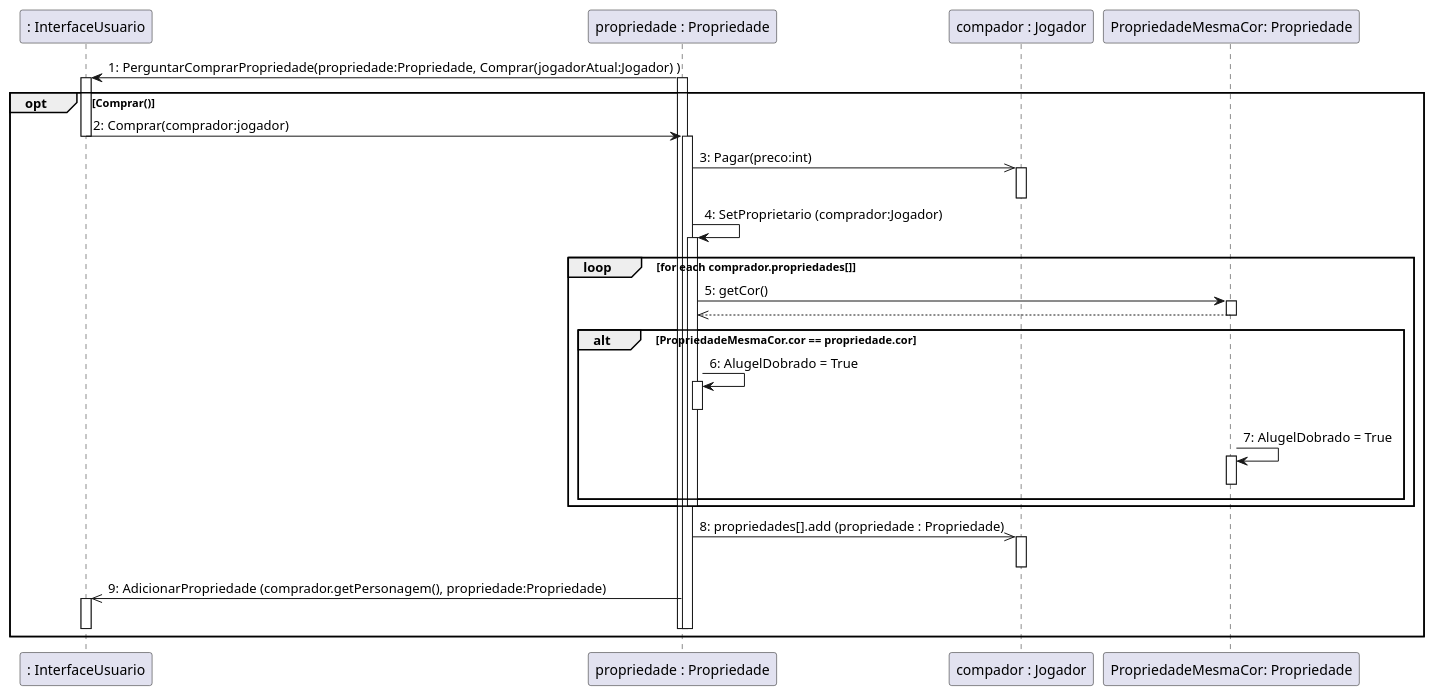
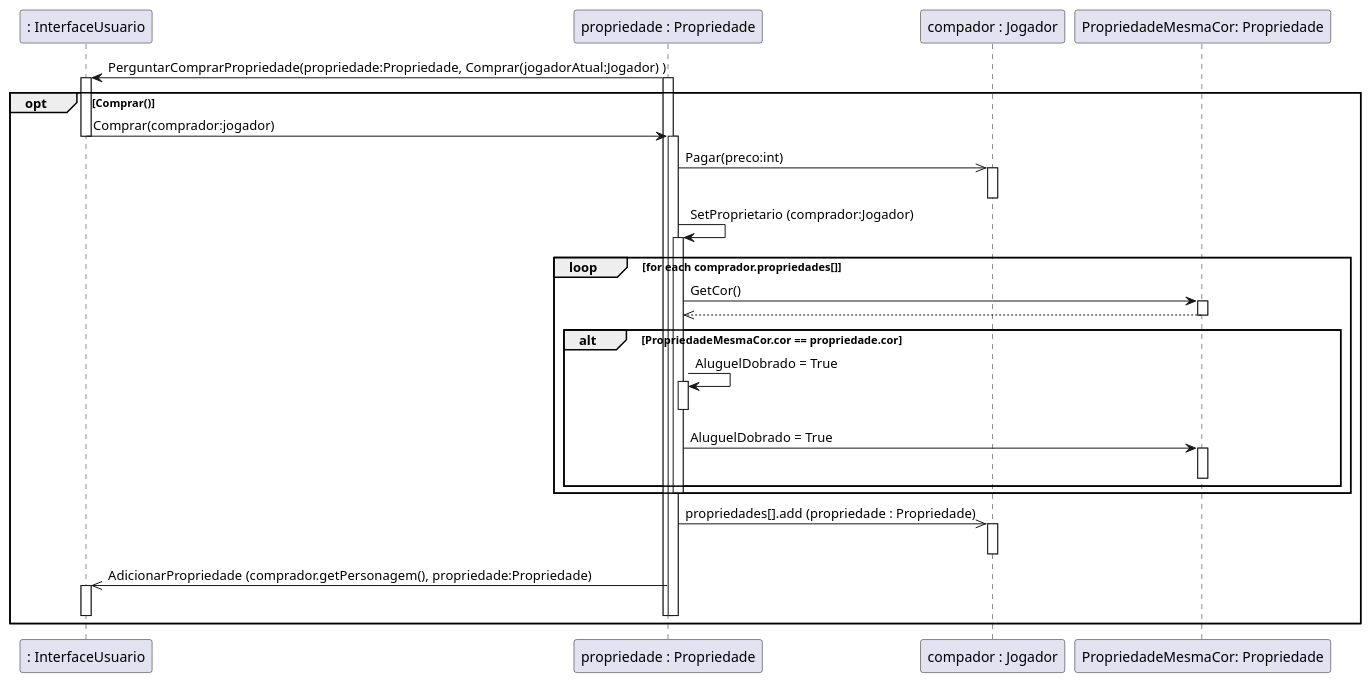
One commit to rogerpcto/ProjetoDeSoftware-UFF changed the diagram in Documentação/diagrama-de-sequencia-Comprar-Propriedade.plantuml. Above: the diagram before and after it, drawn with PlantUML. The commit also changed 7 other files, not shown here.

Commit message:
Corrige diagramas de sequência

```diff
--- a/Documentação/diagrama-de-sequencia-Comprar-Propriedade.plantuml
+++ b/Documentação/diagrama-de-sequencia-Comprar-Propriedade.plantuml
@@ -1,45 +1,45 @@
 @startuml 
 
-": InterfaceUsuario" as GUI <- "propriedade : Propriedade" as Prp : 1: PerguntarComprarPropriedade(propriedade:Propriedade, Comprar(jogadorAtual:Jogador) )
+": InterfaceUsuario" as GUI <- "propriedade : Propriedade" as Prp : PerguntarComprarPropriedade(propriedade:Propriedade, Comprar(jogadorAtual:Jogador) )
     activate GUI
     activate Prp
         opt Comprar() 
-            GUI -> Prp : 2: Comprar(comprador:jogador)
+            GUI -> Prp : Comprar(comprador:jogador)
             deactivate GUI
                 activate Prp
-                    Prp ->> "compador : Jogador" as Jog : 3: Pagar(preco:int)
+                    Prp ->> "compador : Jogador" as Jog : Pagar(preco:int)
                     activate Jog
                     deactivate Jog
 
-                    Prp -> Prp : 4: SetProprietario (comprador:Jogador)
+                    Prp -> Prp : SetProprietario (comprador:Jogador)
                     activate Prp
 
                     loop for each comprador.propriedades[]
-                        Prp -> "PropriedadeMesmaCor: Propriedade" as Prp2: 5: getCor()
+                        Prp -> "PropriedadeMesmaCor: Propriedade" as Prp2: GetCor()
                         activate Prp2
                         Prp2 -->> Prp
                         deactivate Prp2
 
                         alt PropriedadeMesmaCor.cor == propriedade.cor
-                            Prp -> Prp : 6: AlugelDobrado = True
+                            Prp -> Prp : AluguelDobrado = True
                             activate Prp
                             deactivate Prp
-                            Prp2 -> Prp2 : 7: AlugelDobrado = True
+                            Prp -> Prp2 : AluguelDobrado = True
                             activate Prp2
                             deactivate Prp2  
                         end
                     deactivate Prp
                     end
 
-                Prp ->> Jog : 8: propriedades[].add (propriedade : Propriedade)
+                Prp ->> Jog : propriedades[].add (propriedade : Propriedade)
                     activate Jog
                     deactivate Jog
-                    Prp ->> GUI : 9: AdicionarPropriedade (comprador.getPersonagem(), propriedade:Propriedade)
+                    Prp ->> GUI : AdicionarPropriedade (comprador.getPersonagem(), propriedade:Propriedade)
                     activate GUI
                     deactivate GUI
                 deactivate Prp
             deactivate Prp
 
         end ComprarPropriedade
 
 @enduml
```
